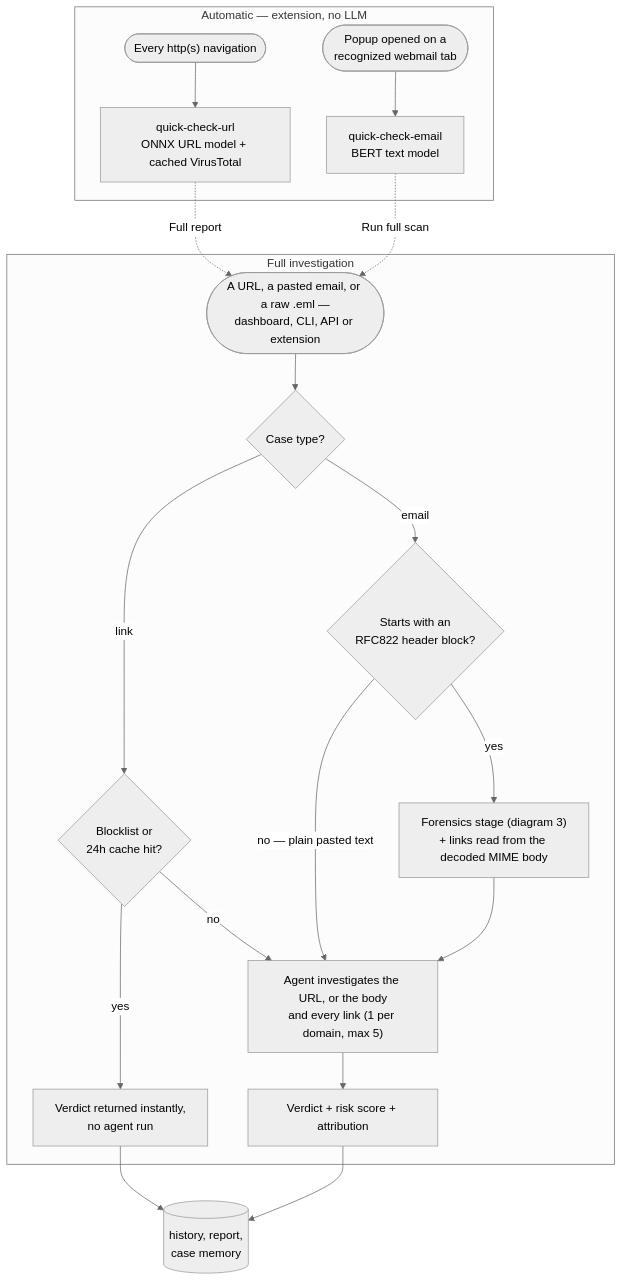
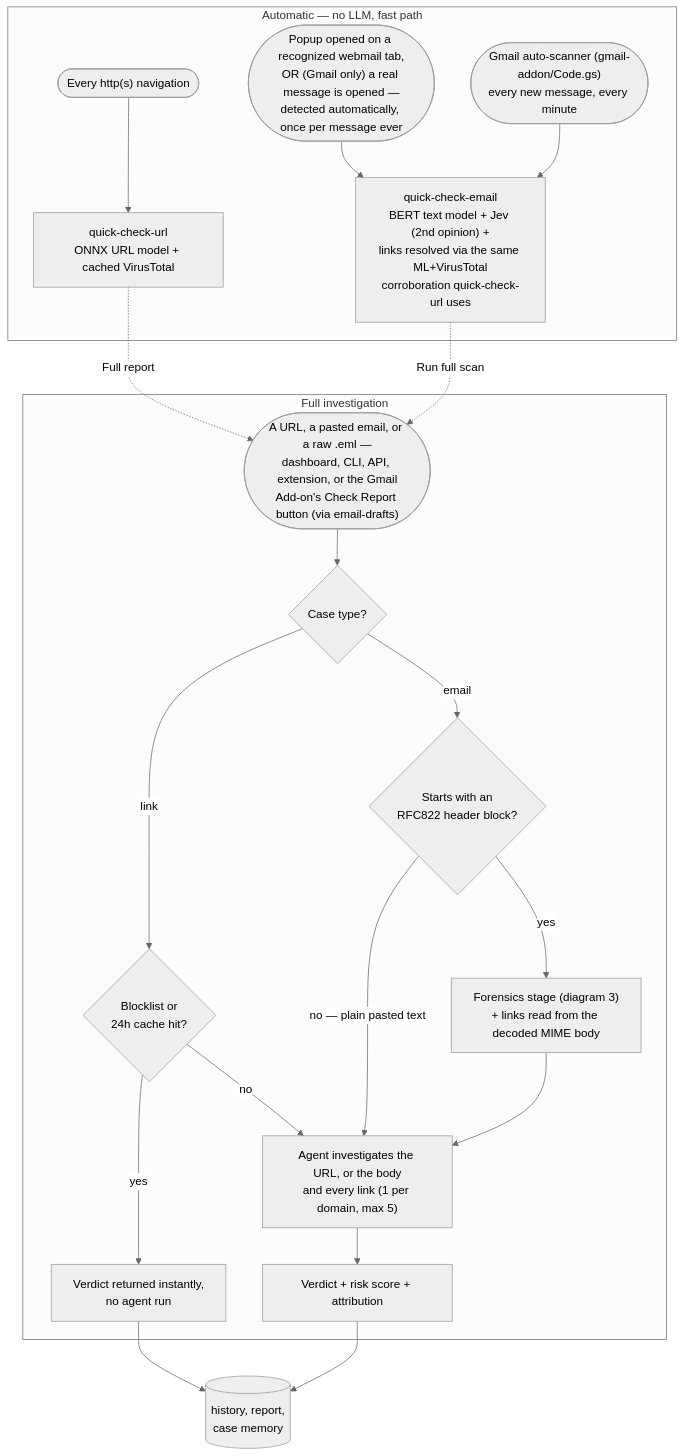
The second of 4 diagrams in README.md (code-YK/Security-Copilot-Sih26), drawn with Mermaid (neutral theme) before and after one commit. The commit also changed other lines of this file, not shown here.

First line of the commit message:
Update README architecture diagrams for Gmail integration and PDF sandbox

````diff
--- a/README.md
+++ b/README.md
@@ -86,25 +89,26 @@
 ```mermaid
 flowchart TD
-    subgraph Automatic["Automatic — extension, no LLM"]
+    subgraph Automatic["Automatic — no LLM, fast path"]
         NAV(["Every http(s) navigation"]) --> QCU["quick-check-url<br/>ONNX URL model + cached VirusTotal"]
-        OPEN(["Popup opened on a<br/>recognized webmail tab"]) --> QCE["quick-check-email<br/>BERT text model"]
+        OPEN(["Popup opened on a recognized webmail tab,<br/>OR (Gmail only) a real message is opened —<br/>detected automatically, once per message ever"]) --> QCE
+        SCAN(["Gmail auto-scanner (gmail-addon/Code.gs)<br/>every new message, every minute"]) --> QCE["quick-check-email<br/>BERT text model + Jev (2nd opinion) +<br/>links resolved via the same ML+VirusTotal<br/>corroboration quick-check-url uses"]
     end
 
     subgraph Deliberate["Full investigation"]
-        INPUT(["A URL, a pasted email, or a raw .eml —<br/>dashboard, CLI, API or extension"]) --> KIND{"Case type?"}
+        INPUT(["A URL, a pasted email, or a raw .eml —<br/>dashboard, CLI, API, extension, or the Gmail<br/>Add-on's Check Report button (via email-drafts)"]) --> KIND{"Case type?"}
         KIND -->|"link"| ROUTER{"Blocklist or<br/>24h cache hit?"}
         ROUTER -->|"yes"| INSTANT["Verdict returned instantly,<br/>no agent run"]
         ROUTER -->|"no"| AGENT
         KIND -->|"email"| RAW{"Starts with an<br/>RFC822 header block?"}
         RAW -->|"yes"| FOR["Forensics stage (diagram 3)<br/>+ links read from the decoded MIME body"]
         RAW -->|"no — plain pasted text"| AGENT
         FOR --> AGENT["Agent investigates the URL, or the body<br/>and every link (1 per domain, max 5)"]
         AGENT --> VERDICT["Verdict + risk score + attribution"]
     end
 
     INSTANT --> HISTORY
 
     QCU -.->|"Full report"| INPUT
     QCE -.->|"Run full scan"| INPUT
     VERDICT --> HISTORY[("history, report,<br/>case memory")]
 ```
````
